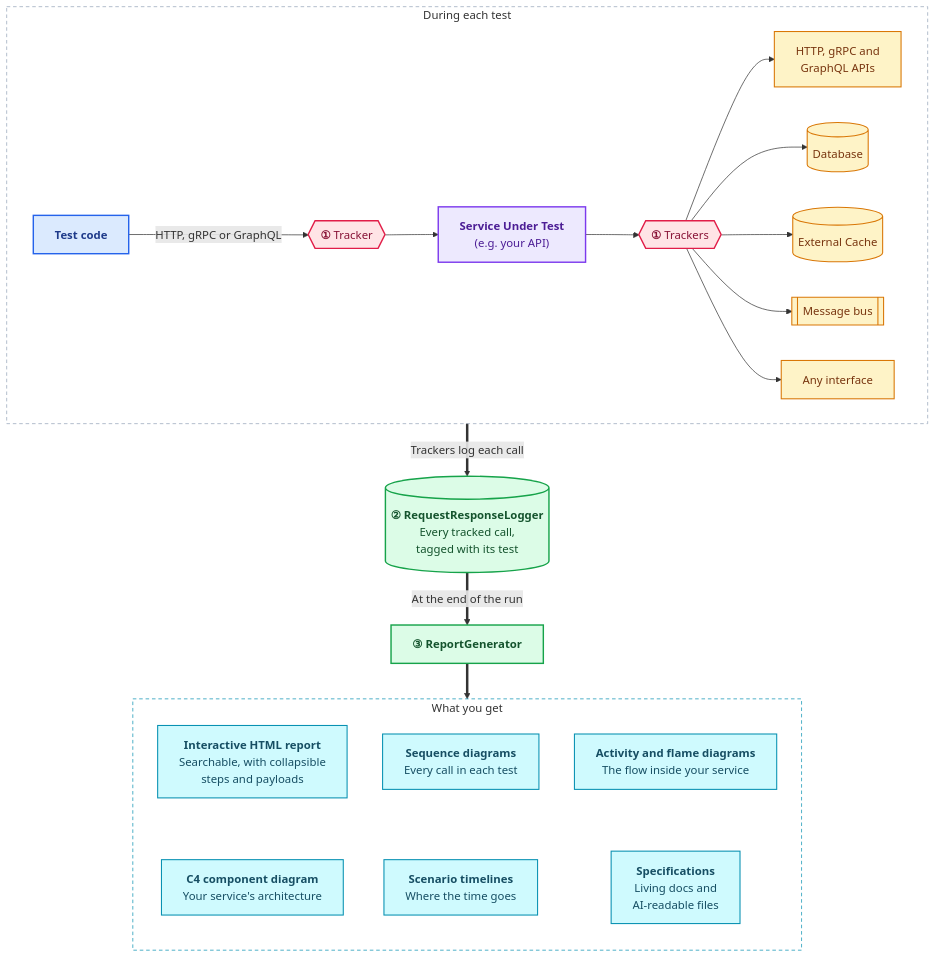
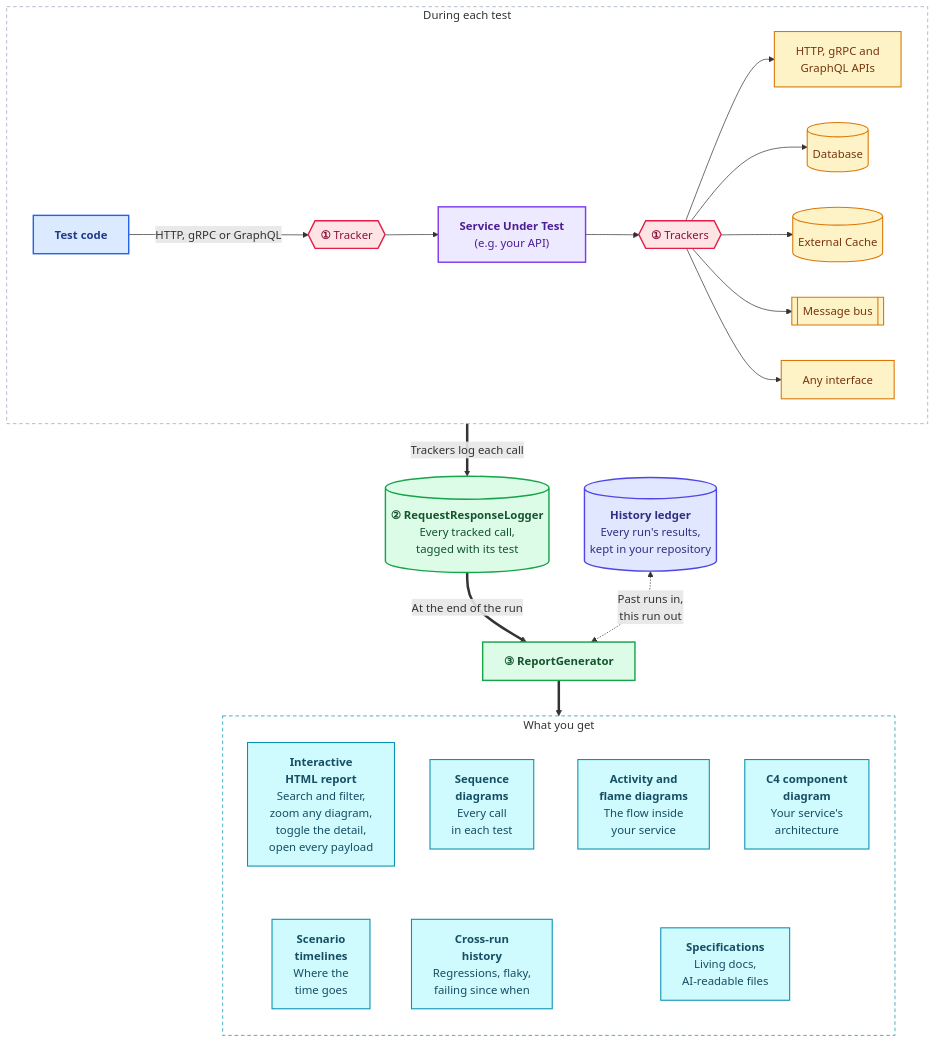
One commit to lemonlion/Kronikol changed the diagram in README.md. Above: the diagram before and after it, drawn with Mermaid. The commit also changed other lines of this file, not shown here.

Commit message:
Docs (no bump): README's How It Works diagram adds cross-run history and says more about the report. A history ledger, kept in the repository, sits beside RequestResponseLogger: ReportGenerator reads past runs from it and records this run in it, and 'What you get' gains a Cross-run history box (regressions, flaky, failing since when). The interactive HTML report's box now names what it does: search and filter, zoom any diagram, toggle the detail, open every payload. Step 3's text says the ledger feeds the report's History tab

````diff
--- a/README.md
+++ b/README.md
@@ -47,54 +47,60 @@
 ```mermaid
 %%{init: {"flowchart": {"wrappingWidth": 320}}}%%
 flowchart TB
     subgraph during["During each test"]
         direction LR
         test["<b>Test code</b>"]
         t1{{"<b>①</b> Tracker"}}
         sut["<b>Service Under Test</b><br/>(e.g. your API)"]
         t2{{"<b>①</b> Trackers"}}
         http["HTTP, gRPC and<br/>GraphQL APIs"]
         db[("Database")]
         cache[("External Cache")]
         bus[["Message bus"]]
         any["Any interface"]
         test -->|HTTP, gRPC or GraphQL| t1 --> sut --> t2
         t2 --> http & db & cache & bus & any
     end
 
     logger[("<b>② RequestResponseLogger</b><br/>Every tracked call,<br/>tagged with its test")]
     report["<b>③ ReportGenerator</b>"]
+    ledger[("<b>History ledger</b><br/>Every run's results,<br/>kept in your repository")]
 
     subgraph outputs["What you get"]
         direction TB
-        html["<b>Interactive HTML report</b><br/>Searchable, with collapsible<br/>steps and payloads"]
-        seq["<b>Sequence diagrams</b><br/>Every call in each test"]
-        act["<b>Activity and flame diagrams</b><br/>The flow inside your service"]
-        c4["<b>C4 component diagram</b><br/>Your service's architecture"]
-        timeline["<b>Scenario timelines</b><br/>Where the time goes"]
-        specs["<b>Specifications</b><br/>Living docs and<br/>AI-readable files"]
-        html ~~~ c4
-        seq ~~~ timeline
+        html["<b>Interactive<br/>HTML report</b><br/>Search and filter,<br/>zoom any diagram,<br/>toggle the detail,<br/>open every payload"]
+        seq["<b>Sequence<br/>diagrams</b><br/>Every call<br/>in each test"]
+        act["<b>Activity and<br/>flame diagrams</b><br/>The flow inside<br/>your service"]
+        c4["<b>C4 component<br/>diagram</b><br/>Your service's<br/>architecture"]
+        timeline["<b>Scenario<br/>timelines</b><br/>Where the<br/>time goes"]
+        specs["<b>Specifications</b><br/>Living docs,<br/>AI-readable files"]
+        history["<b>Cross-run<br/>history</b><br/>Regressions, flaky,<br/>failing since when"]
+        html ~~~ timeline
+        seq ~~~ history
         act ~~~ specs
+        c4 ~~~ specs
     end
 
     during ==>|Trackers log each call| logger
     logger ==>|At the end of the run| report
     report ==> outputs
+    ledger <-.->|Past runs in,<br/>this run out| report
 
     class test caller
     class sut system
     class http,db,cache,bus,any dep
     class t1,t2 tracker
     class logger,report stage
-    class html,seq,act,c4,timeline,specs out
+    class ledger store
+    class html,seq,act,c4,timeline,specs,history out
     style during fill:transparent,stroke:#94a3b8,stroke-dasharray:5 4
     style outputs fill:transparent,stroke:#0891b2,stroke-dasharray:5 4
 
     classDef caller fill:#dbeafe,stroke:#2563eb,stroke-width:2px,color:#1e3a8a
     classDef system fill:#ede9fe,stroke:#7c3aed,stroke-width:2px,color:#4c1d95
     classDef dep fill:#fef3c7,stroke:#d97706,stroke-width:1.5px,color:#78350f
     classDef tracker fill:#ffe4e6,stroke:#e11d48,stroke-width:2px,color:#881337
     classDef stage fill:#dcfce7,stroke:#16a34a,stroke-width:2px,color:#14532d
     classDef out fill:#cffafe,stroke:#0891b2,stroke-width:1.5px,color:#164e63
+    classDef store fill:#e0e7ff,stroke:#4f46e5,stroke-width:2px,color:#312e81
 ```
````
